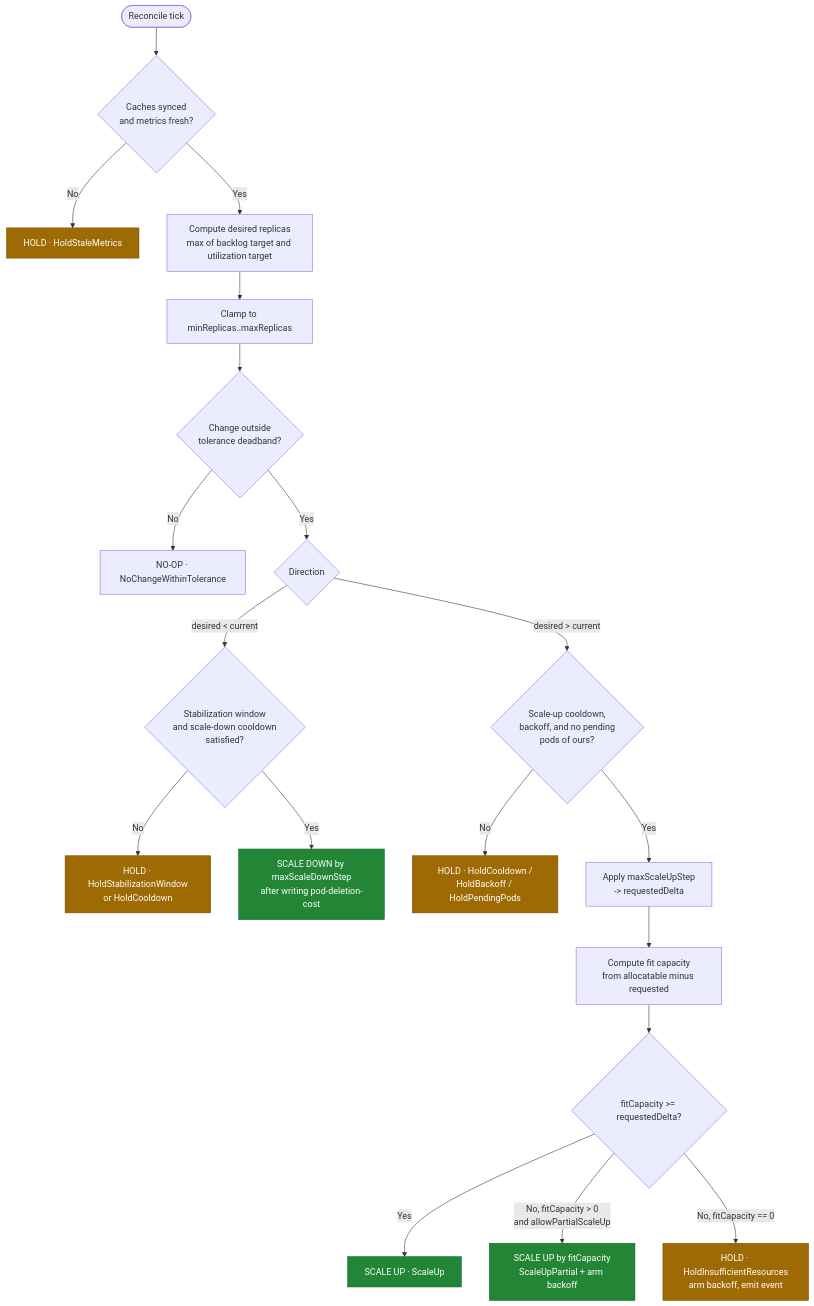
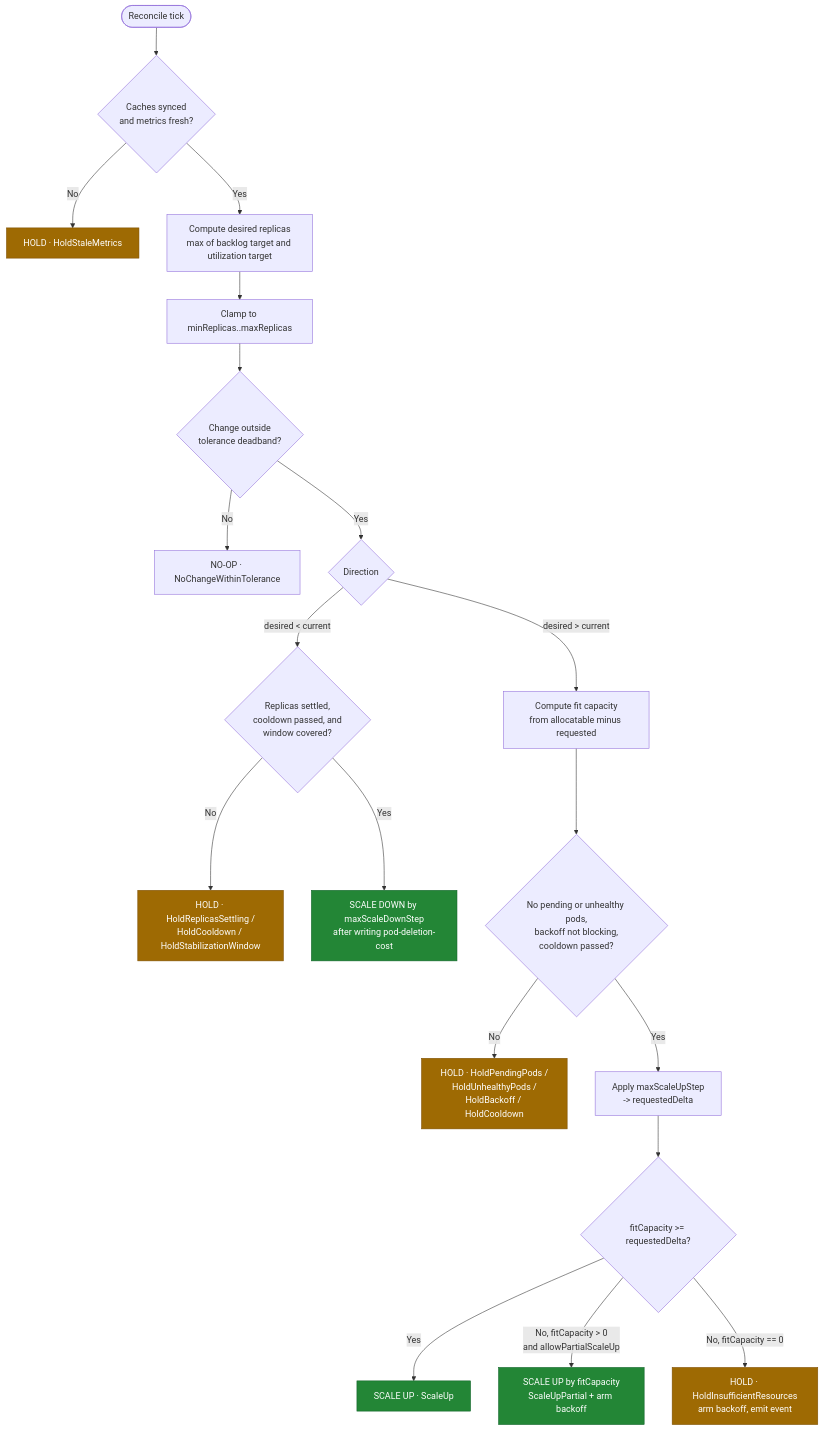
Before and after one commit to jensilin/KubeScaleSense: the third of 5 diagrams in docs/architecture.md, drawn with Mermaid. The commit also changed other lines of this file and 8 other files, not shown here.

````diff
--- a/docs/architecture.md
+++ b/docs/architecture.md
@@ -202,28 +202,28 @@
 ```mermaid
 flowchart TD
     START([Reconcile tick]) --> SYNC{"Caches synced<br/>and metrics fresh?"}
     SYNC -- No --> HOLDSTALE["HOLD · HoldStaleMetrics"]
     SYNC -- Yes --> DEMAND["Compute desired replicas<br/>max of backlog target and utilization target"]
     DEMAND --> CLAMP["Clamp to minReplicas..maxReplicas"]
     CLAMP --> DEAD{"Change outside<br/>tolerance deadband?"}
     DEAD -- No --> NOOP["NO-OP · NoChangeWithinTolerance"]
     DEAD -- Yes --> DIR{"Direction"}
 
-    DIR -- "desired < current" --> DOWNGATES{"Stabilization window<br/>and scale-down cooldown<br/>satisfied?"}
-    DOWNGATES -- No --> HOLDDOWN["HOLD · HoldStabilizationWindow<br/>or HoldCooldown"]
+    DIR -- "desired < current" --> DOWNGATES{"Replicas settled,<br/>cooldown passed, and<br/>window covered?"}
+    DOWNGATES -- No --> HOLDDOWN["HOLD · HoldReplicasSettling /<br/>HoldCooldown / HoldStabilizationWindow"]
     DOWNGATES -- Yes --> DOWN["SCALE DOWN by maxScaleDownStep<br/>after writing pod-deletion-cost"]
 
-    DIR -- "desired > current" --> UPGATES{"Scale-up cooldown,<br/>backoff, and no pending<br/>pods of ours?"}
-    UPGATES -- No --> HOLDUP["HOLD · HoldCooldown /<br/>HoldBackoff / HoldPendingPods"]
+    DIR -- "desired > current" --> FIT["Compute fit capacity<br/>from allocatable minus requested"]
+    FIT --> UPGATES{"No pending or unhealthy pods,<br/>backoff not blocking,<br/>cooldown passed?"}
+    UPGATES -- No --> HOLDUP["HOLD · HoldPendingPods /<br/>HoldUnhealthyPods /<br/>HoldBackoff / HoldCooldown"]
     UPGATES -- Yes --> STEP["Apply maxScaleUpStep<br/>-> requestedDelta"]
-    STEP --> FIT["Compute fit capacity<br/>from allocatable minus requested"]
-    FIT --> FEAS{"fitCapacity >= requestedDelta?"}
+    STEP --> FEAS{"fitCapacity >= requestedDelta?"}
     FEAS -- Yes --> UP["SCALE UP · ScaleUp"]
     FEAS -- "No, fitCapacity > 0<br/>and allowPartialScaleUp" --> PARTIAL["SCALE UP by fitCapacity<br/>ScaleUpPartial + arm backoff"]
     FEAS -- "No, fitCapacity == 0" --> HOLDRES["HOLD · HoldInsufficientResources<br/>arm backoff, emit event"]
 
     classDef ok fill:#238636,color:#fff,stroke:#116329
     classDef hold fill:#9e6a03,color:#fff,stroke:#7d4e00
     class UP,DOWN,PARTIAL ok
     class HOLDRES,HOLDUP,HOLDDOWN,HOLDSTALE hold
 ```
````
